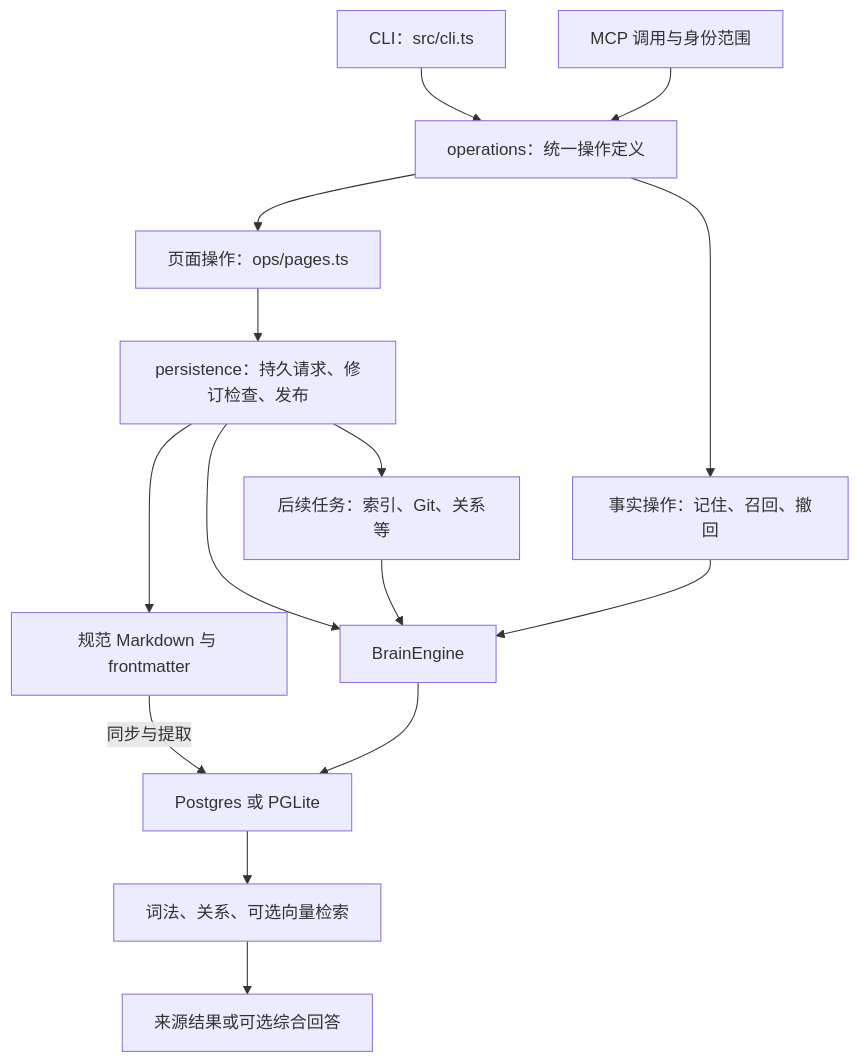
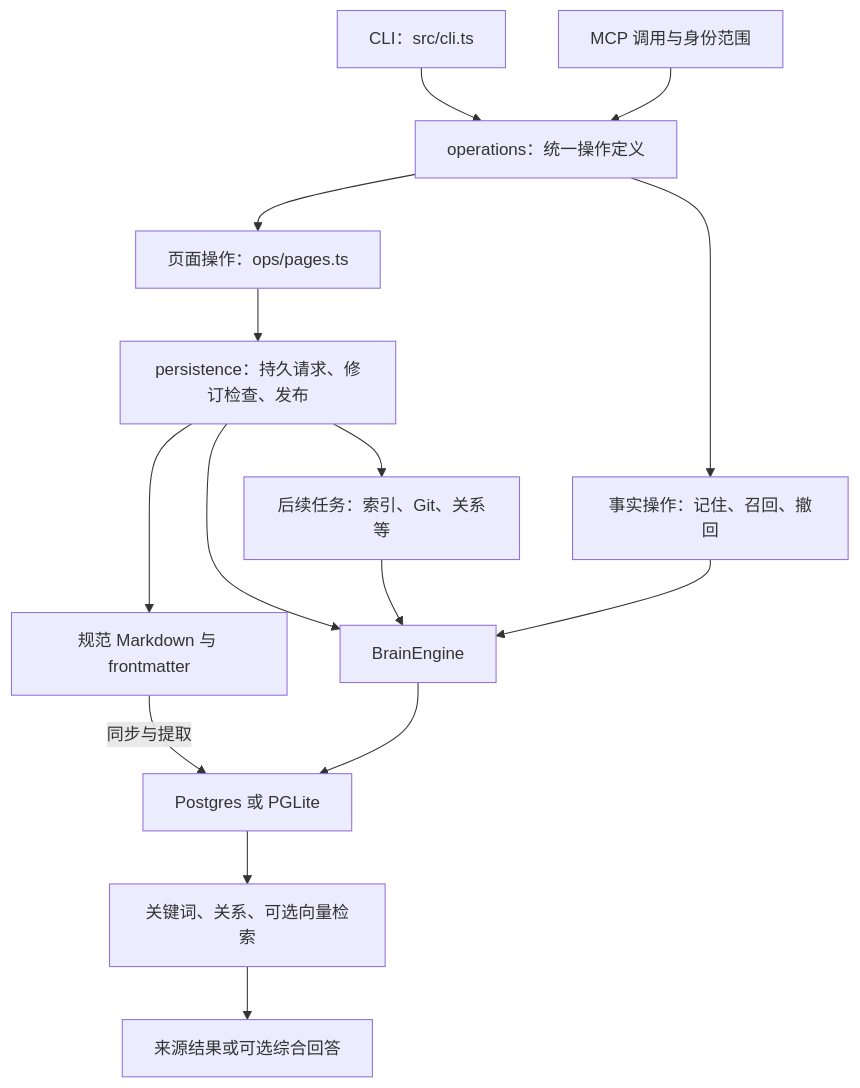
The first of 2 diagrams in raw/sources/gbrain.md (PerfectPan/wiki), drawn with Mermaid before and after one commit. The commit also changed other lines of this file and 7 other files, not shown here.

````diff
--- a/raw/sources/gbrain.md
+++ b/raw/sources/gbrain.md
@@ -16,17 +22,17 @@
 ```mermaid
 flowchart TB
     CLI["CLI：src/cli.ts"] --> Ops["operations：统一操作定义"]
     MCP["MCP 调用与身份范围"] --> Ops
     Ops --> Pages["页面操作：ops/pages.ts"]
     Ops --> Facts["事实操作：记住、召回、撤回"]
     Pages --> Write["persistence：持久请求、修订检查、发布"]
     Write --> Files["规范 Markdown 与 frontmatter"]
     Write --> Engine["BrainEngine"]
     Facts --> Engine
     Engine --> PG["Postgres 或 PGLite"]
-    PG --> Search["词法、关系、可选向量检索"]
+    PG --> Search["关键词、关系、可选向量检索"]
     Files -->|同步与提取| PG
     Search --> Result["来源结果或可选综合回答"]
     Write --> Effects["后续任务：索引、Git、关系等"]
     Effects --> Engine
 ```
````
